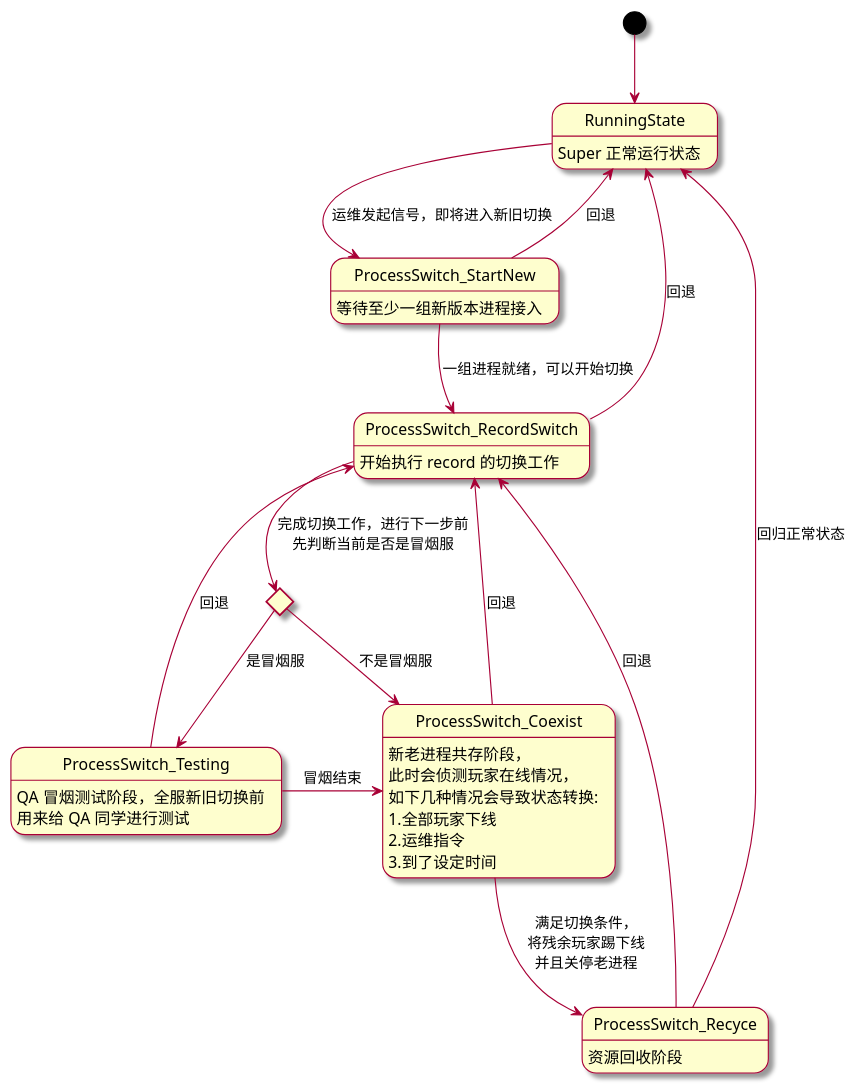
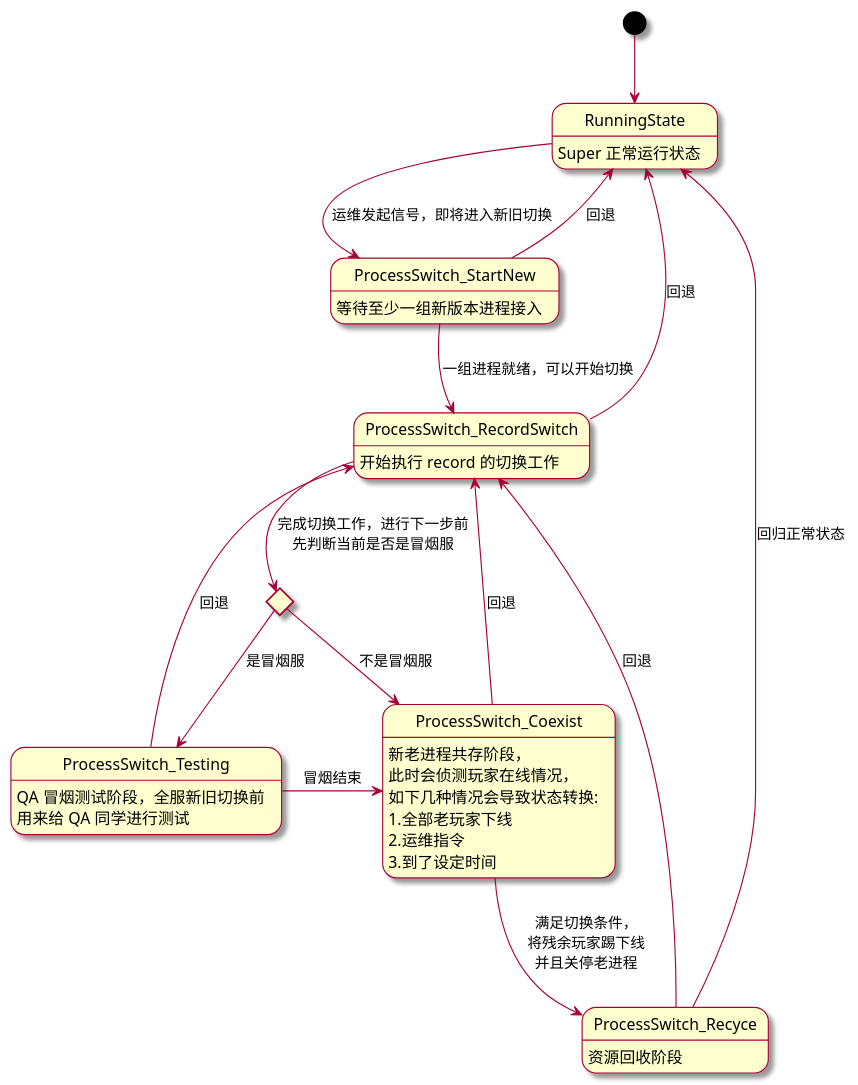
One commit to mingleeShade/MyPlantUML changed the diagram in src/hgame/不停服更新/super 状态图.puml. Above: the diagram before and after it, drawn with PlantUML.

```diff
--- a/src/hgame/不停服更新/super 状态图.puml
+++ b/src/hgame/不停服更新/super 状态图.puml
@@ -1,38 +1,39 @@
 @startuml
 ' 基础设置
 skin rose
 
 ' 状态定义
 state RunningState: Super 正常运行状态
 state ProcessSwitch_StartNew: 等待至少一组新版本进程接入
 state ProcessSwitch_RecordSwitch: 开始执行 record 的切换工作
 state choice <<choice>>
 state ProcessSwitch_Testing: QA 冒烟测试阶段，全服新旧切换前\n用来给 QA 同学进行测试
-state ProcessSwitch_Coexist: 新老进程共存阶段，\n此时会侦测玩家在线情况，\n如下几种情况会导致状态转换:\n1.全部玩家下线\n2.运维指令\n3.到了设定时间
+state ProcessSwitch_Coexist: 新老进程共存阶段，\n此时会侦测玩家在线情况，\n如下几种情况会导致状态转换:\n1.全部老玩家下线\n2.运维指令\n3.到了设定时间
 state ProcessSwitch_Recyce: 资源回收阶段
 
 
 ' 状态流转
 [*] --> RunningState
 RunningState-->ProcessSwitch_StartNew: 运维发起信号，即将进入新旧切换
 RunningState <-- ProcessSwitch_StartNew: 回退
 
 ProcessSwitch_StartNew-->ProcessSwitch_RecordSwitch: 一组进程就绪，可以开始切换
 
 RunningState <--ProcessSwitch_RecordSwitch: 回退
 
 ProcessSwitch_RecordSwitch --> choice: 完成切换工作，进行下一步前\n先判断当前是否是冒烟服
 choice --> ProcessSwitch_Testing: 是冒烟服
 ProcessSwitch_RecordSwitch <-- ProcessSwitch_Testing: 回退
 
+
 choice --> ProcessSwitch_Coexist: 不是冒烟服
 ProcessSwitch_RecordSwitch <-- ProcessSwitch_Coexist: 回退
 
 ProcessSwitch_Testing -> ProcessSwitch_Coexist: 冒烟结束
 
 ProcessSwitch_Coexist --> ProcessSwitch_Recyce: 满足切换条件，\n将残余玩家踢下线\n并且关停老进程
 
 ProcessSwitch_Recyce -up-> RunningState: 回归正常状态
 ProcessSwitch_Recyce --> ProcessSwitch_RecordSwitch: 回退
 
 @enduml
```
